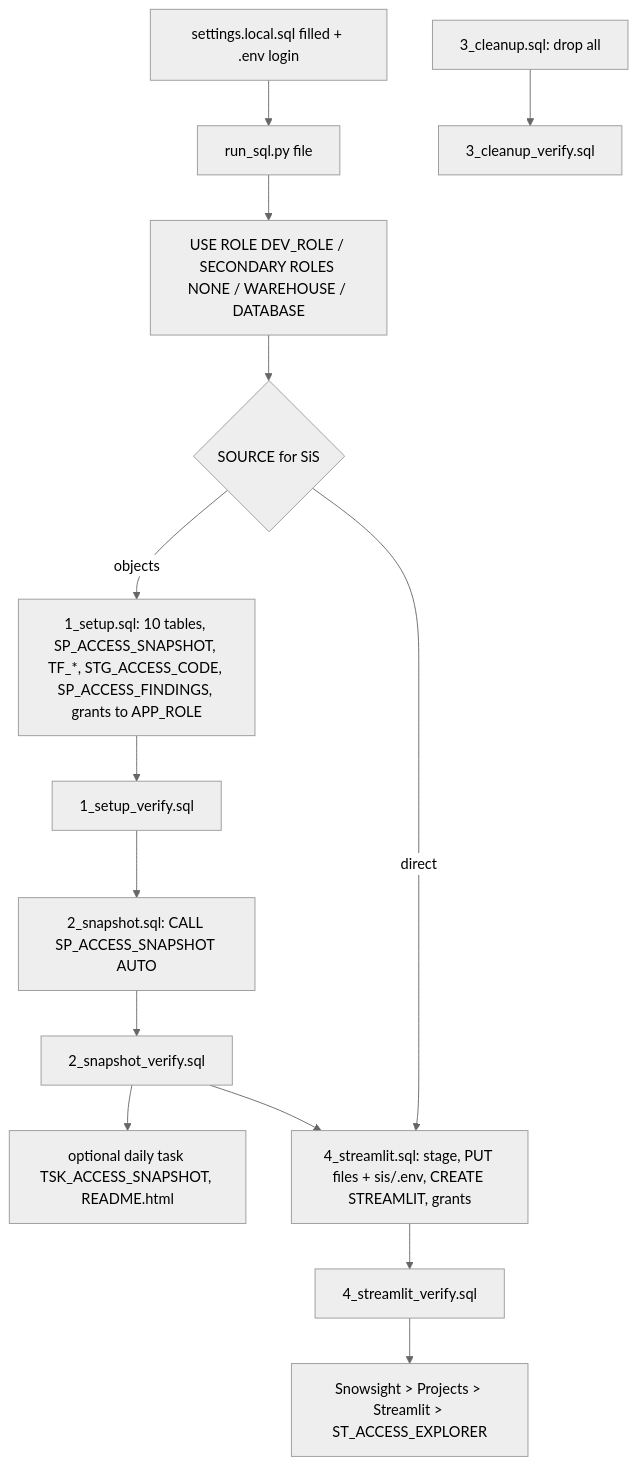
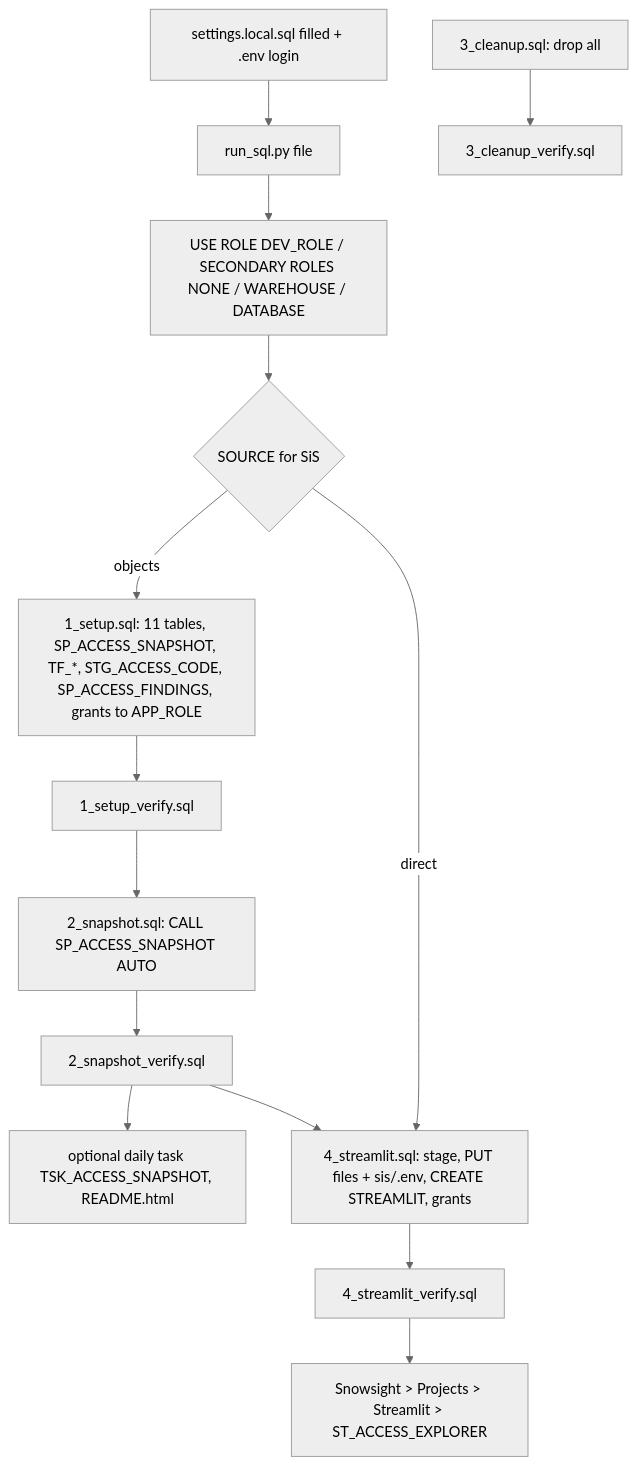
The diagram in snowflake-access-explorer-knowledge-graph/processes/deploy-snowflake.md (darshanmeel/snowflake-access-explorer), drawn with Mermaid (neutral theme) before and after one commit. The commit also changed other lines of this file and 106 other files, not shown here.

First line of the commit message:
Docs and knowledge graph for Activity; setup verify expects 11 tables

````diff
--- a/snowflake-access-explorer-knowledge-graph/processes/deploy-snowflake.md
+++ b/snowflake-access-explorer-knowledge-graph/processes/deploy-snowflake.md
@@ -3,16 +4,16 @@
 ```mermaid
 flowchart TD
   P[settings.local.sql filled + .env login] --> R[run_sql.py file]
   R --> U[USE ROLE DEV_ROLE / SECONDARY ROLES NONE / WAREHOUSE / DATABASE]
   U --> X{SOURCE for SiS}
-  X -->|objects| S1[1_setup.sql: 10 tables, SP_ACCESS_SNAPSHOT, TF_*, STG_ACCESS_CODE, SP_ACCESS_FINDINGS, grants to APP_ROLE]
+  X -->|objects| S1[1_setup.sql: 11 tables, SP_ACCESS_SNAPSHOT, TF_*, STG_ACCESS_CODE, SP_ACCESS_FINDINGS, grants to APP_ROLE]
   S1 --> V1[1_setup_verify.sql]
   V1 --> S2[2_snapshot.sql: CALL SP_ACCESS_SNAPSHOT AUTO]
   S2 --> V2[2_snapshot_verify.sql]
   V2 --> T[optional daily task TSK_ACCESS_SNAPSHOT, README.html]
   V2 --> S4
   X -->|direct| S4[4_streamlit.sql: stage, PUT files + sis/.env, CREATE STREAMLIT, grants]
   S4 --> V4[4_streamlit_verify.sql]
   V4 --> O[Snowsight > Projects > Streamlit > ST_ACCESS_EXPLORER]
   C[3_cleanup.sql: drop all] --> V3[3_cleanup_verify.sql]
 ```
````
